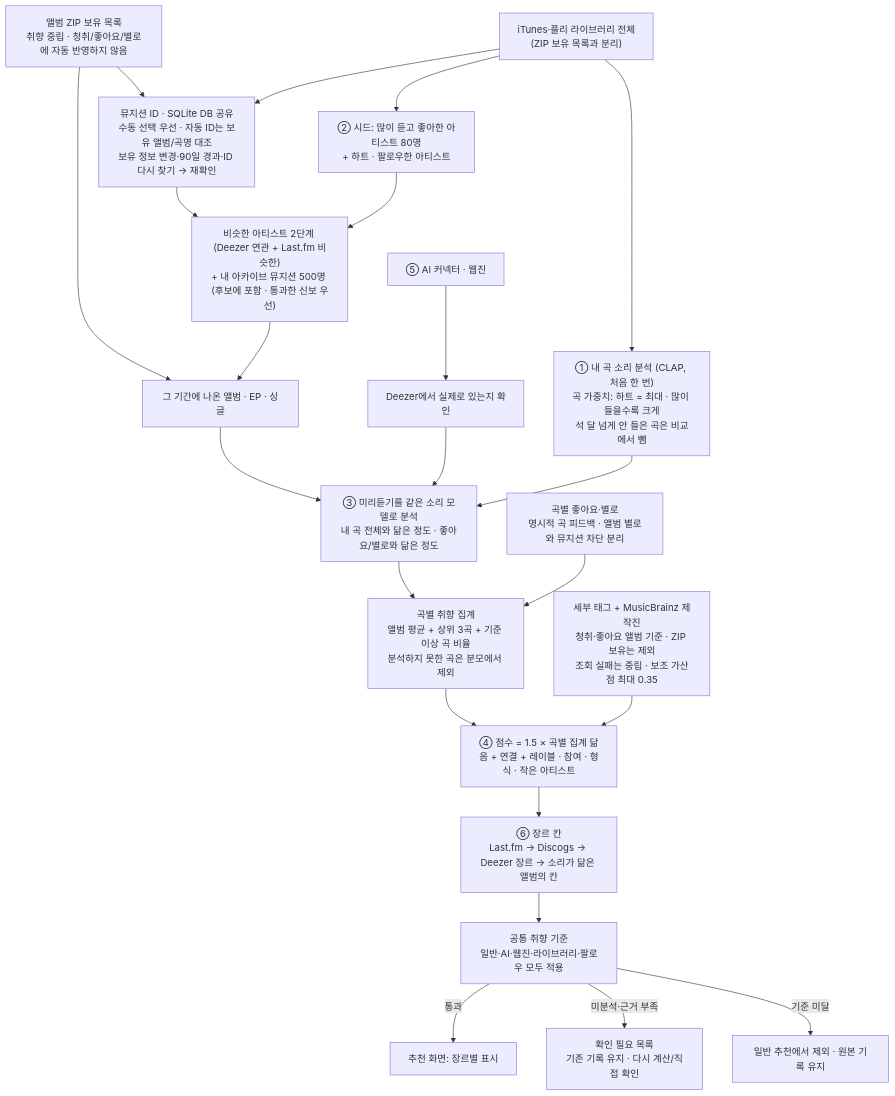
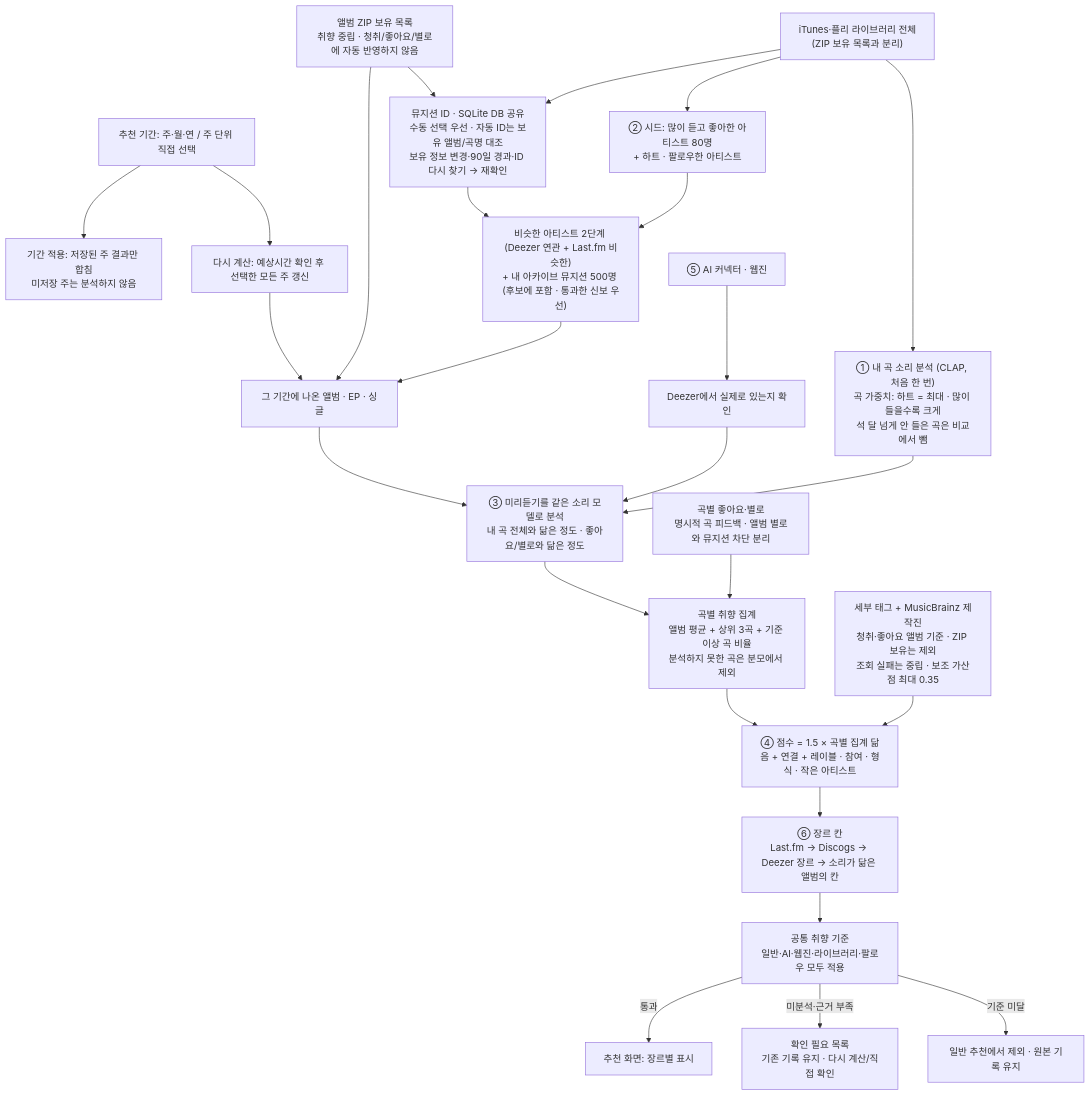
The diagram in docs/recommendation.md (plastiqvox/RecipeSong), drawn with Mermaid before and after one commit. The commit also changed other lines of this file and 25 other files, not shown here.

````diff
--- a/docs/recommendation.md
+++ b/docs/recommendation.md
@@ -11,26 +11,29 @@
 ```mermaid
 flowchart TD
+    period["추천 기간: 주·월·연 / 주 단위 직접 선택"] --> apply["기간 적용: 저장된 주 결과만 합침<br/>미저장 주는 분석하지 않음"]
+    period --> recalc["다시 계산: 예상시간 확인 후 선택한 모든 주 갱신"]
+    recalc --> rel
     lib["iTunes·플리 라이브러리 전체<br/>(ZIP 보유 목록과 분리)"]
     zip["앨범 ZIP 보유 목록<br/>취향 중립 · 청취/좋아요/별로에 자동 반영하지 않음"]
     zip --> ids
     zip --> rel
     lib --> emb["① 내 곡 소리 분석 (CLAP, 처음 한 번)<br/>곡 가중치: 하트 = 최대 · 많이 들을수록 크게<br/>석 달 넘게 안 들은 곡은 비교에서 뺌"]
     lib --> seed["② 시드: 많이 듣고 좋아한 아티스트 80명<br/>+ 하트 · 팔로우한 아티스트"]
     lib --> ids["뮤지션 ID · SQLite DB 공유<br/>수동 선택 우선 · 자동 ID는 보유 앨범/곡명 대조<br/>보유 정보 변경·90일 경과·ID 다시 찾기 → 재확인"]
     ids --> pool
     seed --> pool["비슷한 아티스트 2단계 (Deezer 연관 + Last.fm 비슷한)<br/>+ 내 아카이브 뮤지션 500명 (후보에 포함 · 통과한 신보 우선)"]
     pool --> rel["그 기간에 나온 앨범 · EP · 싱글"]
     ext["⑤ AI 커넥터 · 웹진"] --> dz["Deezer에서 실제로 있는지 확인"]
     rel --> listen["③ 미리듣기를 같은 소리 모델로 분석<br/>내 곡 전체와 닮은 정도 · 좋아요/별로와 닮은 정도"]
     dz --> listen
     emb --> listen
     listen --> tracks["곡별 취향 집계<br/>앨범 평균 + 상위 3곡 + 기준 이상 곡 비율<br/>분석하지 못한 곡은 분모에서 제외"]
     tracks --> score["④ 점수 = 1.5 × 곡별 집계 닮음 + 연결 + 레이블 · 참여 · 형식 · 작은 아티스트"]
     metadata["세부 태그 + MusicBrainz 제작진<br/>청취·좋아요 앨범 기준 · ZIP 보유는 제외<br/>조회 실패는 중립 · 보조 가산점 최대 0.35"] --> score
     score --> group["⑥ 장르 칸<br/>Last.fm → Discogs → Deezer 장르 → 소리가 닮은 앨범의 칸"]
     feedback["곡별 좋아요·별로<br/>명시적 곡 피드백 · 앨범 별로와 뮤지션 차단 분리"] --> tracks
     group --> gate["공통 취향 기준<br/>일반·AI·웹진·라이브러리·팔로우 모두 적용"]
     gate -->|통과|show["추천 화면: 장르별 표시"]
     gate -->|미분석·근거 부족|review["확인 필요 목록<br/>기존 기록 유지 · 다시 계산/직접 확인"]
     gate -->|기준 미달|hidden["일반 추천에서 제외 · 원본 기록 유지"]
 ```
````
